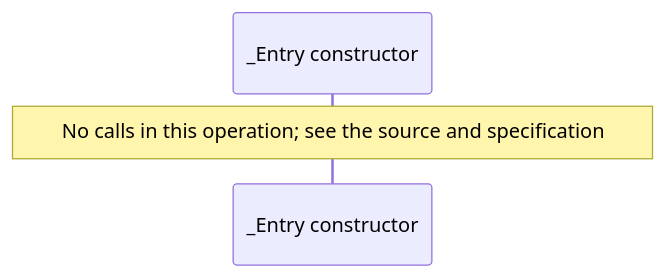
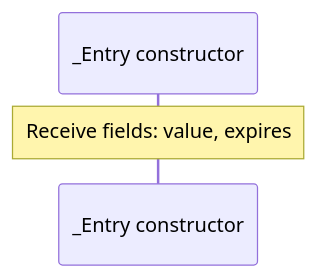
Before and after one commit to GreenPandaStudios/augscript: the fourth of 11 diagrams in docs/examples/oidc-login/dependencies/packages/@git/url_0eb7c89453c87681ed15/0.0.0-git.a39fc582565d4fca40be4f75fa304d71adc69301/store-diagrams.md, drawn with Mermaid. The commit also changed other lines of this file and 289 other files, not shown here.

Commit message:
Correct diagram control flow and complete generated wiki navigation

````diff
--- a/docs/examples/oidc-login/dependencies/packages/@git/url_0eb7c89453c87681ed15/0.0.0-git.a39fc582565d4fca40be4f75fa304d71adc69301/store-diagrams.md
+++ b/docs/examples/oidc-login/dependencies/packages/@git/url_0eb7c89453c87681ed15/0.0.0-git.a39fc582565d4fca40be4f75fa304d71adc69301/store-diagrams.md
@@ -69,6 +69,6 @@
 ```mermaid
 sequenceDiagram
     participant p0 as _Entry constructor
 
-    Note over p0: No calls in this operation#59; see the source and specification
+    Note over p0: Receive fields: value, expires
 ```
````
